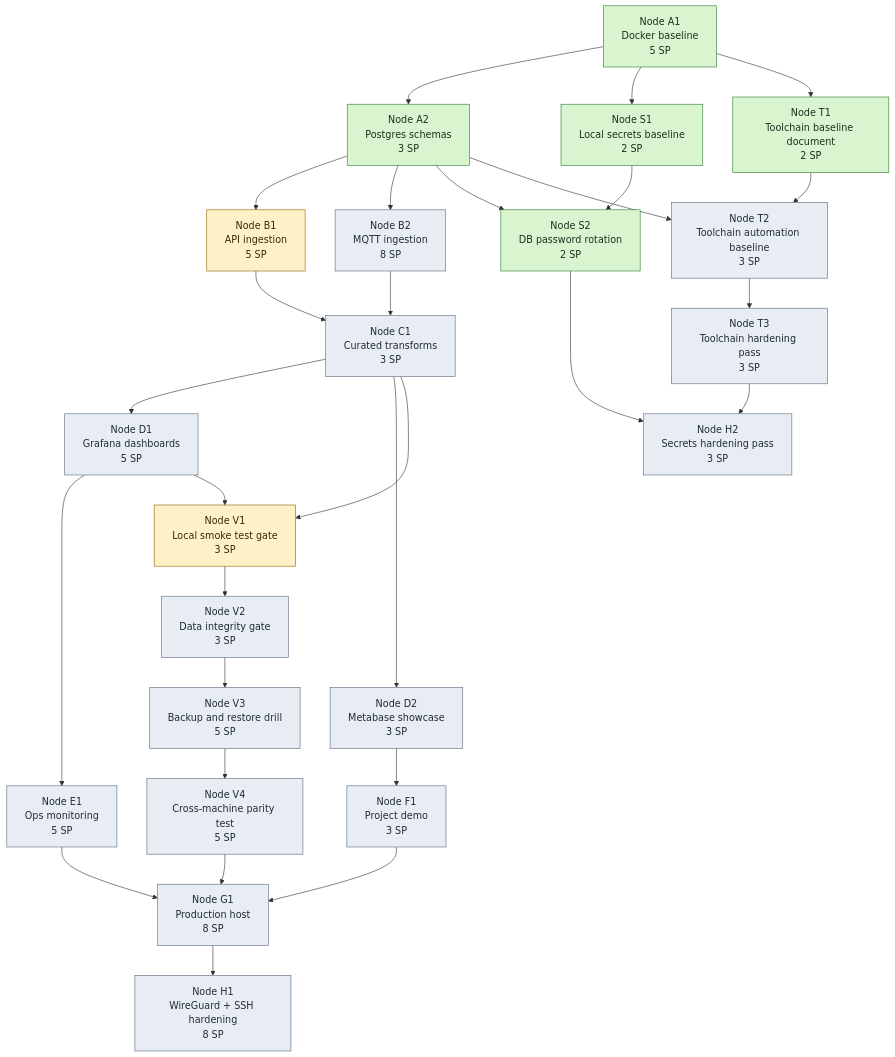
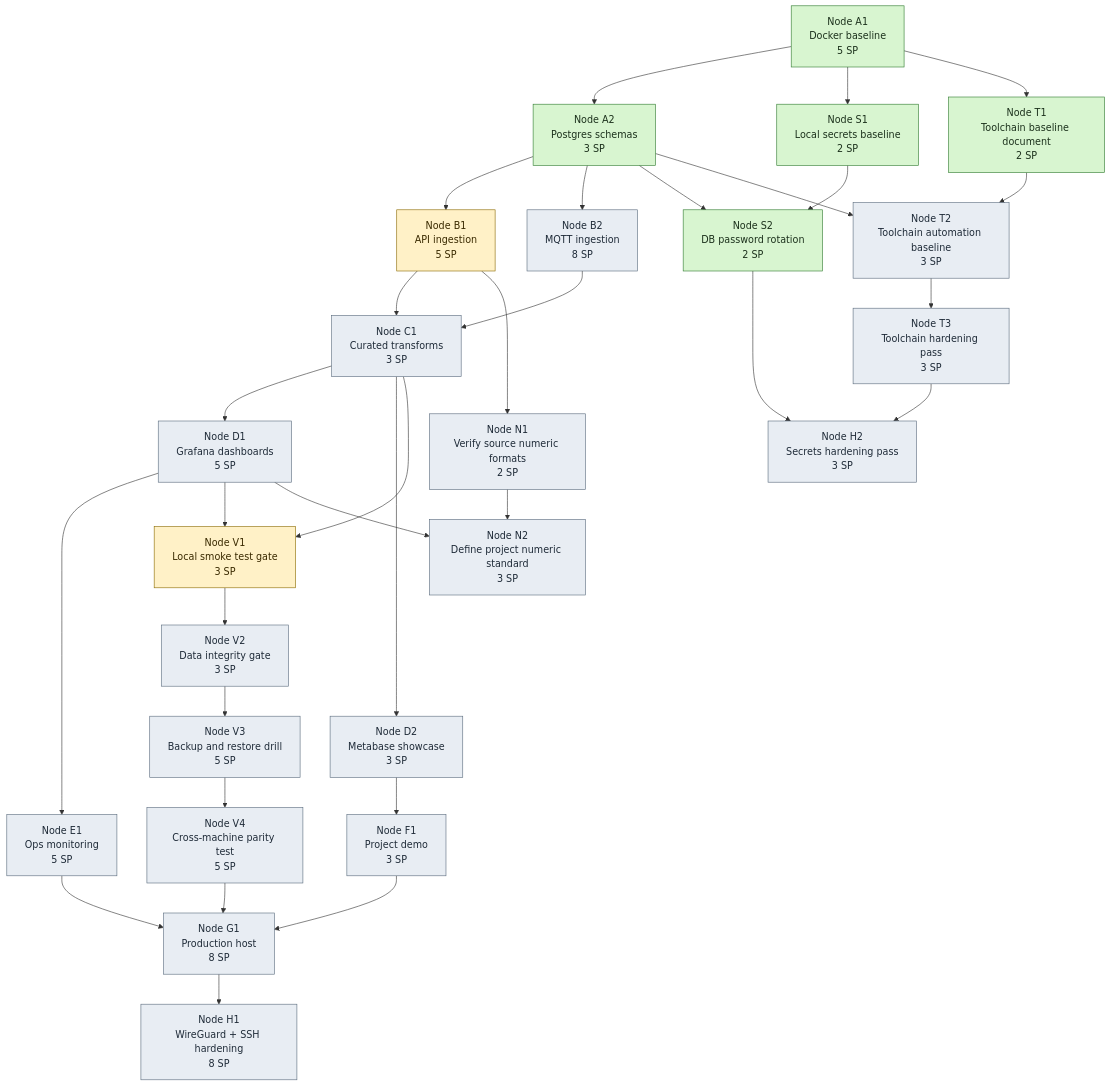
The diagram in docs/architecture/diagrams/tech-tree.mmd (EnTekLasse/commons-anchor), drawn with Mermaid before and after one commit. The commit also changed 13 other files, not shown here.

```diff
--- a/docs/architecture/diagrams/tech-tree.mmd
+++ b/docs/architecture/diagrams/tech-tree.mmd
@@ -1,76 +1,83 @@
 %% AUTO-GENERATED FROM docs/architecture/diagram-model.json
 flowchart TD
   A1[Node A1<br/>Docker baseline<br/>5 SP]
   A2[Node A2<br/>Postgres schemas<br/>3 SP]
   B1[Node B1<br/>API ingestion<br/>5 SP]
   B2[Node B2<br/>MQTT ingestion<br/>8 SP]
   C1[Node C1<br/>Curated transforms<br/>3 SP]
   D1[Node D1<br/>Grafana dashboards<br/>5 SP]
   D2[Node D2<br/>Metabase showcase<br/>3 SP]
   E1[Node E1<br/>Ops monitoring<br/>5 SP]
   F1[Node F1<br/>Project demo<br/>3 SP]
   V1[Node V1<br/>Local smoke test gate<br/>3 SP]
   V2[Node V2<br/>Data integrity gate<br/>3 SP]
   V3[Node V3<br/>Backup and restore drill<br/>5 SP]
   V4[Node V4<br/>Cross-machine parity test<br/>5 SP]
   G1[Node G1<br/>Production host<br/>8 SP]
   S1[Node S1<br/>Local secrets baseline<br/>2 SP]
   S2[Node S2<br/>DB password rotation<br/>2 SP]
+  N1[Node N1<br/>Verify source numeric formats<br/>2 SP]
+  N2[Node N2<br/>Define project numeric standard<br/>3 SP]
   H1[Node H1<br/>WireGuard + SSH hardening<br/>8 SP]
   H2[Node H2<br/>Secrets hardening pass<br/>3 SP]
   T1[Node T1<br/>Toolchain baseline document<br/>2 SP]
   T2[Node T2<br/>Toolchain automation baseline<br/>3 SP]
   T3[Node T3<br/>Toolchain hardening pass<br/>3 SP]
 
   A1 --> A2
   A2 --> B1
   A2 --> B2
   B1 --> C1
   B2 --> C1
   C1 --> D1
   C1 --> D2
   D1 --> E1
   D2 --> F1
   C1 --> V1
   D1 --> V1
   V1 --> V2
   V2 --> V3
   V3 --> V4
   E1 --> G1
   F1 --> G1
   V4 --> G1
   A1 --> S1
   S1 --> S2
   A2 --> S2
+  B1 --> N1
+  N1 --> N2
+  D1 --> N2
   G1 --> H1
   S2 --> H2
   T3 --> H2
   A1 --> T1
   T1 --> T2
   A2 --> T2
   T2 --> T3
 
   classDef done fill:#d8f5d0,stroke:#2f7a2f,stroke-width:1px,color:#1c311c
   classDef inProgress fill:#fff1c7,stroke:#8a6a00,stroke-width:1px,color:#3a2a00
   classDef backlog fill:#e8edf3,stroke:#5a6b7d,stroke-width:1px,color:#1f2b38
   class A1 done
   class A2 done
   class B1 inProgress
   class B2 backlog
   class C1 backlog
   class D1 backlog
   class D2 backlog
   class E1 backlog
   class F1 backlog
   class V1 inProgress
   class V2 backlog
   class V3 backlog
   class V4 backlog
   class G1 backlog
   class S1 done
   class S2 done
+  class N1 backlog
+  class N2 backlog
   class H1 backlog
   class H2 backlog
   class T1 done
   class T2 backlog
   class T3 backlog
```
